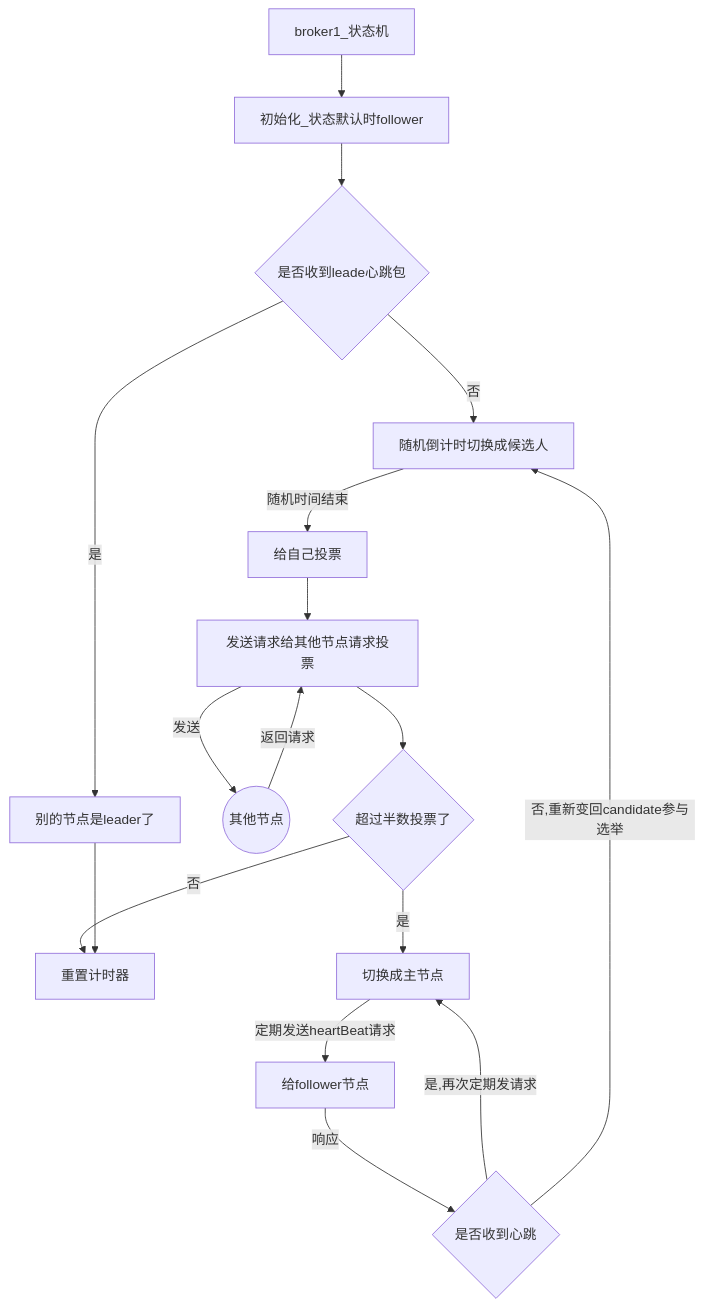
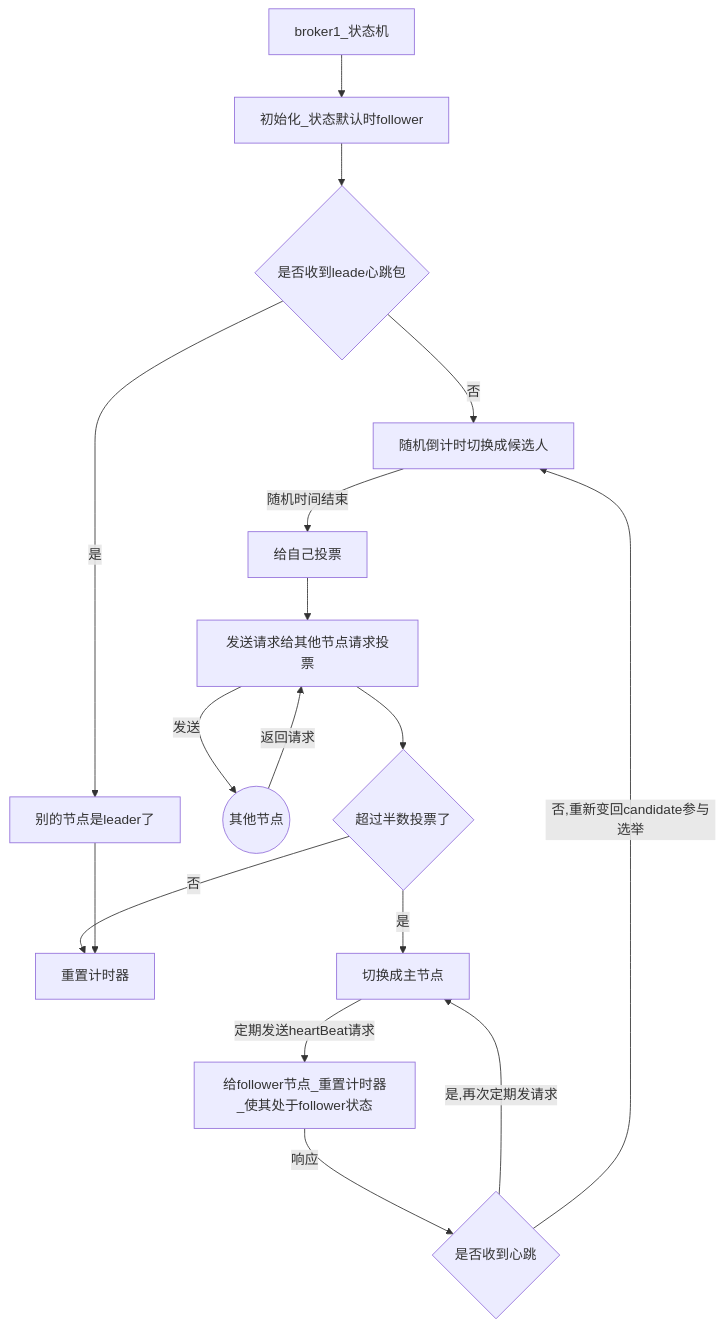
Before and after one commit to xiaomingxian/help-doc: the diagram in rocketmq理解/T_20220416_broker 主从.md, drawn with Mermaid.

Commit message:
Update T_20220416_broker 主从.md

````diff
--- a/rocketmq理解/T_20220416_broker 主从.md
+++ b/rocketmq理解/T_20220416_broker 主从.md
@@ -20,16 +21,16 @@
 ```mermaid
 graph TD;
 a[broker1_状态机]-->b[初始化_状态默认时follower]
 b-->c{是否收到leade心跳包}
 c--否-->d[随机倒计时切换成候选人]
 c--是-->e[别的节点是leader了]
 d--随机时间结束-->ee[给自己投票]-->to[发送请求给其他节点请求投票]
 to--发送-->ob((其他节点))
 ob--返回请求-->to
 to-->moreThanHarf{超过半数投票了}
 moreThanHarf--否-->resTime[重置计时器]
-moreThanHarf--是-->beL[切换成主节点]--定期发送heartBeat请求-->of[给follower节点]
+moreThanHarf--是-->beL[切换成主节点]--定期发送heartBeat请求-->of[给follower节点_重置计时器_使其处于follower状态]
 of--响应-->isR{是否收到心跳}--是,再次定期发请求-->beL
 isR{是否收到心跳}--否,重新变回candidate参与选举-->d
 e-->resTime
 ```
````
